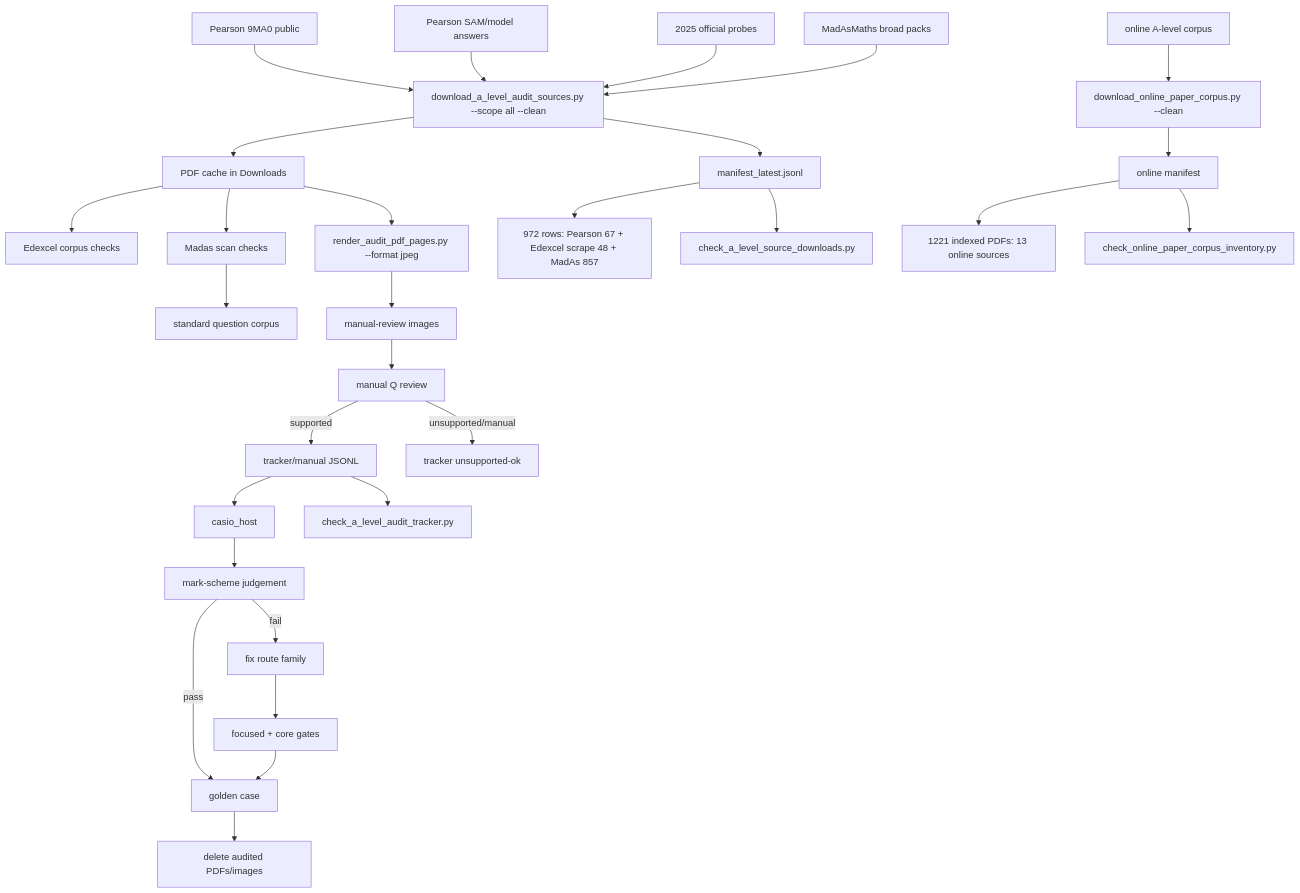
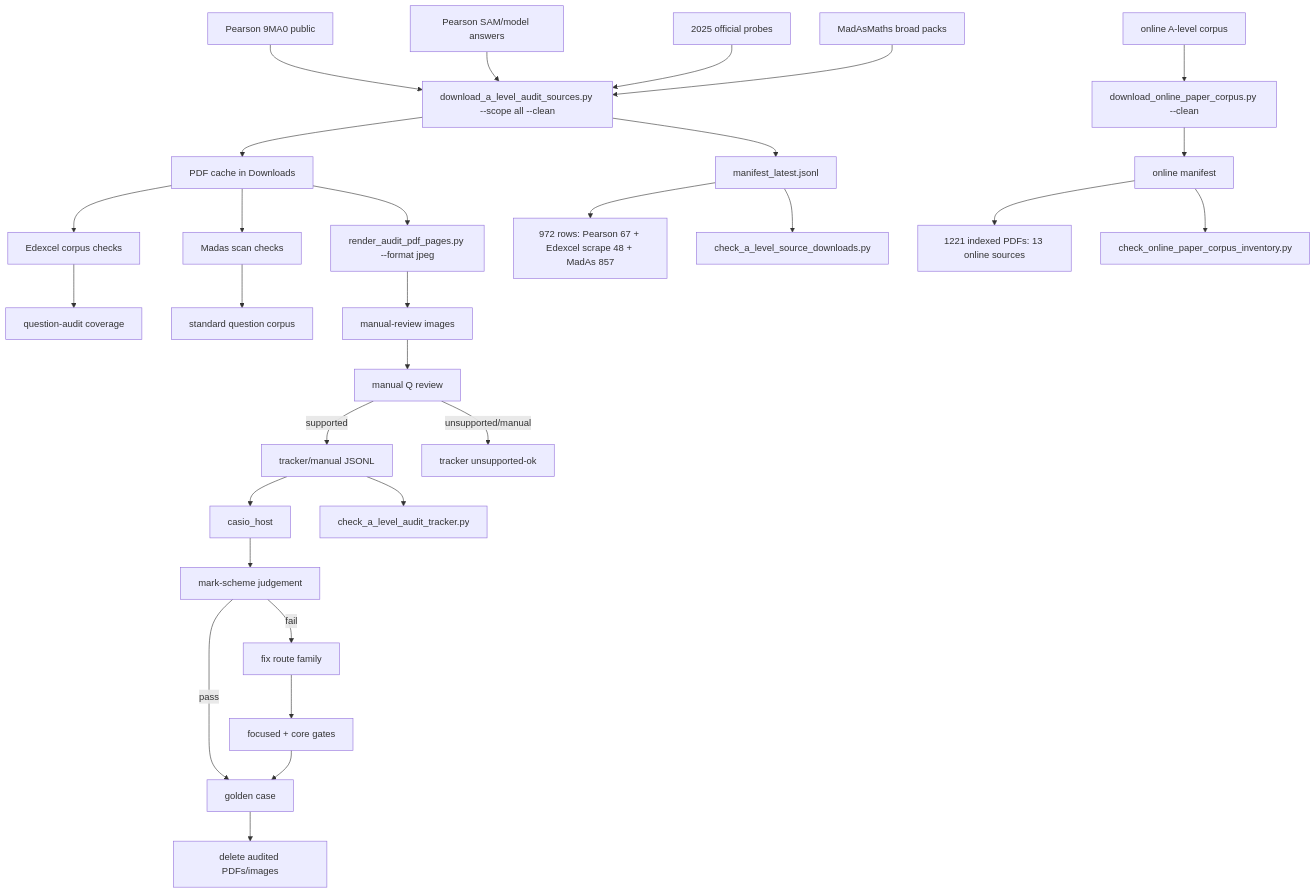
One commit to james8464/notes-addin-casio-fx-cg50 changed the diagram in c++/tools/golden/a_level_audit_graph.md. Above: the diagram before and after it, drawn with Mermaid. The commit also changed other lines of this file and 3 other files, not shown here.

Commit message:
Add Edexcel question coverage gate

````diff
--- a/c++/tools/golden/a_level_audit_graph.md
+++ b/c++/tools/golden/a_level_audit_graph.md
@@ -3,31 +3,32 @@
 ```mermaid
 graph TD
   E1["Pearson 9MA0 public"] --> D["download_a_level_audit_sources.py --scope all --clean"]
   E2["Pearson SAM/model answers"] --> D
   E3["2025 official probes"] --> D
   M1["MadAsMaths broad packs"] --> D
   O1["online A-level corpus"] --> OD["download_online_paper_corpus.py --clean"]
   D --> P["PDF cache in Downloads"]
   D --> X["manifest_latest.jsonl"]
   OD --> OX["online manifest"]
   X --> XC["972 rows: Pearson 67 + Edexcel scrape 48 + MadAs 857"]
   OX --> OC["1221 indexed PDFs: 13 online sources"]
   X --> V["check_a_level_source_downloads.py"]
   OX --> OV["check_online_paper_corpus_inventory.py"]
   P --> E["Edexcel corpus checks"]
+  E --> EQ["question-audit coverage"]
   P --> S["Madas scan checks"]
   S --> M["standard question corpus"]
   P --> R["render_audit_pdf_pages.py --format jpeg"]
   R --> I["manual-review images"]
   I --> Q["manual Q review"]
   Q -->|supported| J["tracker/manual JSONL"]
   Q -->|unsupported/manual| U["tracker unsupported-ok"]
   J --> H["casio_host"]
   J --> K["check_a_level_audit_tracker.py"]
   H --> C["mark-scheme judgement"]
   C -->|pass| G["golden case"]
   C -->|fail| F["fix route family"]
   F --> T["focused + core gates"]
   T --> G
   G --> Z["delete audited PDFs/images"]
 ```
````
